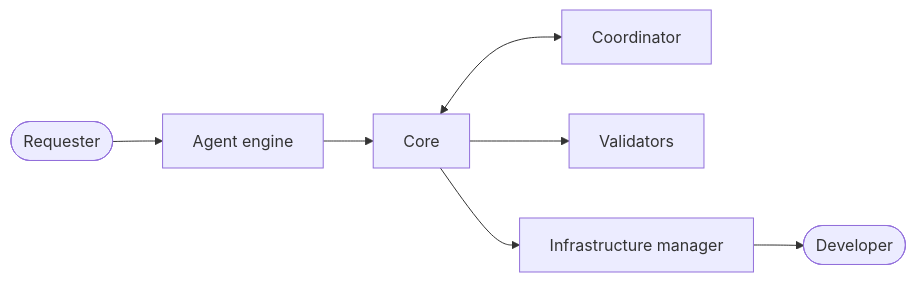
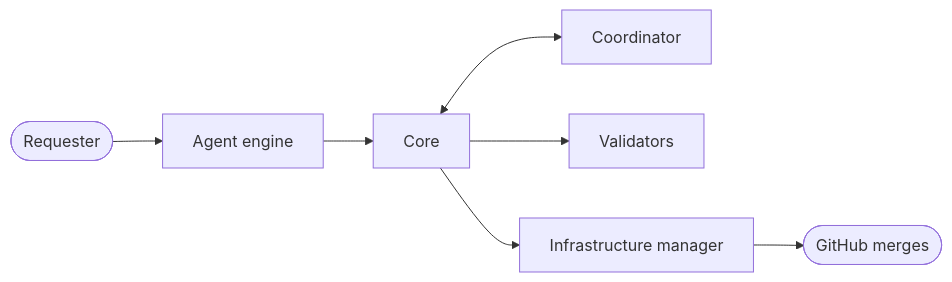
Before and after one commit to Gruci/akasha-team-harness: the diagram in docs/architecture.md, drawn with Mermaid. The commit also changed other lines of this file and 16 other files, not shown here.

````diff
--- a/docs/architecture.md
+++ b/docs/architecture.md
@@ -22,9 +26,9 @@
 ```mermaid
 flowchart LR
     R([Requester]) --> E[Agent engine]
     E --> C[Core]
     C <--> B[Coordinator]
     C --> V[Validators]
     C --> I[Infrastructure manager]
-    I --> D([Developer])
+    I --> G([GitHub merges])
 ```
````
